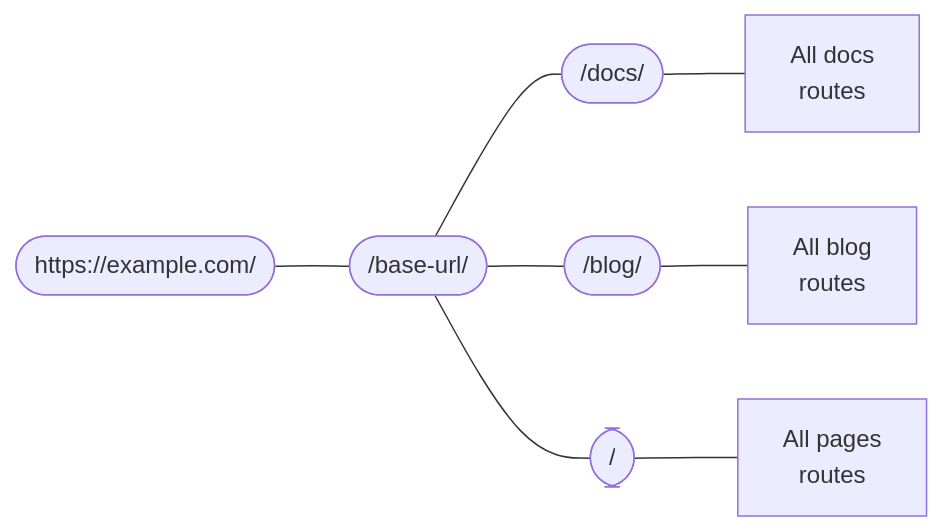
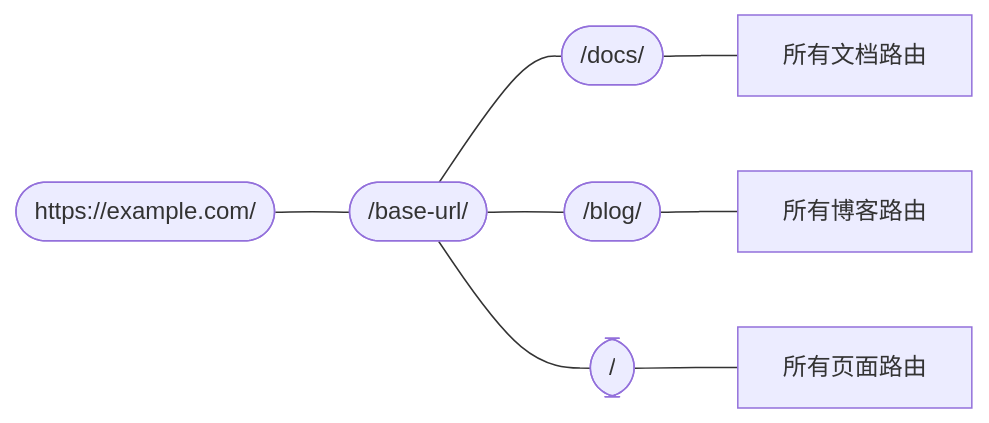
Before and after one commit to wdk-docs/docusaurus-docs: the diagram in docs/advanced/routing.mdx, drawn with Mermaid. The commit also changed other lines of this file and 121 other files, not shown here.

````diff
--- a/docs/advanced/routing.mdx
+++ b/docs/advanced/routing.mdx
@@ -20,18 +21,18 @@
 ```mermaid
 graph LR;
     A(["https://example.com/"])
     B(["/base-url/"])
     C(["/docs/"])
     D(["/blog/"])
     E(["/"])
-    F["All docs <br/>routes"]
-    G["All blog <br/>routes"]
-    H["All pages <br/>routes"]
+    F["所有文档路由"]
+    G["所有博客路由"]
+    H["所有页面路由"]
     A---B;
     B---C;
     B---D;
     B---E;
     C---F;
     D---G;
     E---H;
 ```
````
